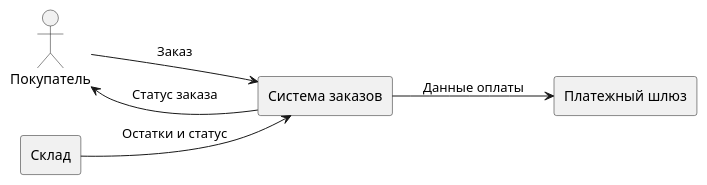
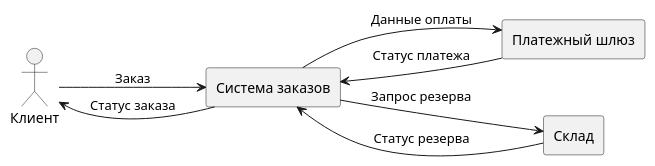
One commit to iwizy/analyst_kb changed the first of 2 diagrams in docs/notations/dfd.md. Above: the diagram before and after it, drawn with PlantUML. The commit also changed other lines of this file and 20 other files, not shown here.

````diff
--- a/docs/notations/dfd.md
+++ b/docs/notations/dfd.md
@@ -23,14 +28,16 @@
 ```kroki-plantuml
 @startuml
 left to right direction
-actor "Покупатель" as Customer
-rectangle "Система заказов" as System
+actor "Клиент" as Customer
+rectangle "Система заказов" as Orders
 rectangle "Платежный шлюз" as Payment
 rectangle "Склад" as Warehouse
 
-Customer --> System : Заказ
-System --> Payment : Данные оплаты
-Warehouse --> System : Остатки и статус
-System --> Customer : Статус заказа
+Customer --> Orders : Заказ
+Orders --> Payment : Данные оплаты
+Payment --> Orders : Статус платежа
+Orders --> Warehouse : Запрос резерва
+Warehouse --> Orders : Статус резерва
+Orders --> Customer : Статус заказа
 @enduml
 ```
````
